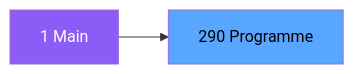
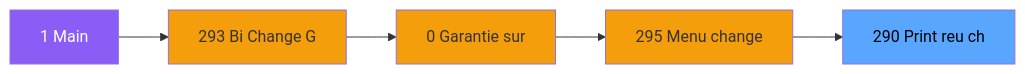
One commit to thonyAGP/magic-migration changed the second of 3 diagrams in .openspec/specs/ADH-IDE-290.md. Above: the diagram before and after it, drawn with Mermaid. The commit also changed other lines of this file and 323 other files, not shown here.

````diff
--- a/.openspec/specs/ADH-IDE-290.md
+++ b/.openspec/specs/ADH-IDE-290.md
@@ -105,8 +123,17 @@
 ```mermaid
 graph LR
     M[1 Main]
-    T[290 Programme]
-    M --> T
+    N293[293 Bi  Change G]
+    N0[0 Garantie sur]
+    N295[295 Menu change ]
+    T[290 Print reu ch]
+    M --> N293
+    N293 --> N0
+    N0 --> N295
+    N295 --> T
     style M fill:#8b5cf6,color:#fff
+    style N293 fill:#f59e0b
+    style N0 fill:#f59e0b
+    style N295 fill:#f59e0b
     style T fill:#58a6ff,color:#000
 ```
````
